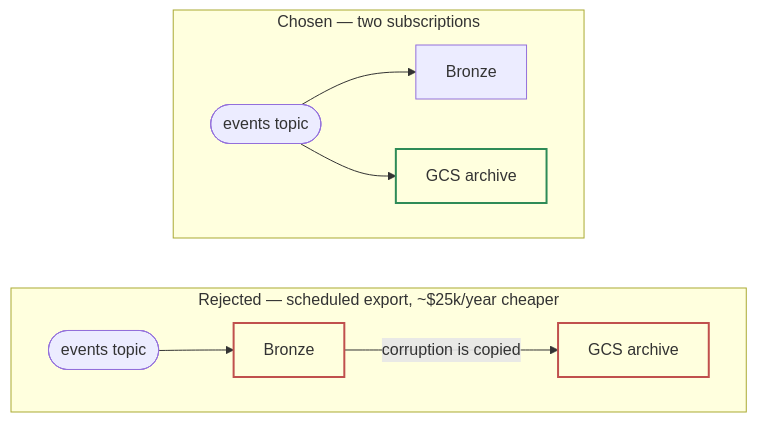
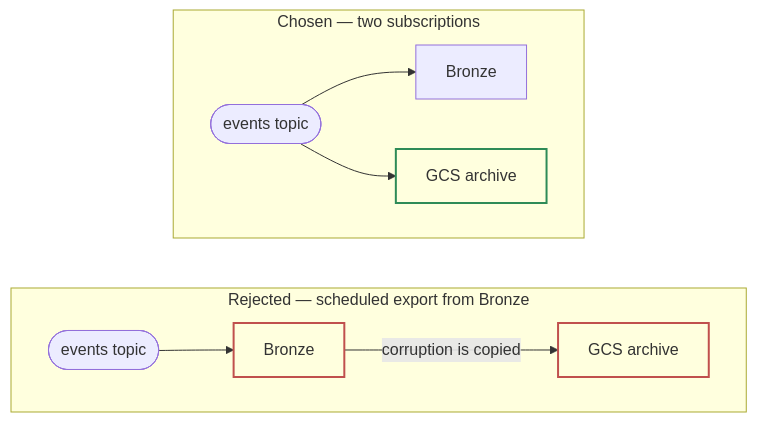
Before and after one commit to thomasguillaux/op-technical-test: the diagram in part_1/01-architecture-diagram.md, drawn with Mermaid. The commit also changed other lines of this file and 13 other files, not shown here.

````diff
--- a/part_1/01-architecture-diagram.md
+++ b/part_1/01-architecture-diagram.md
@@ -29,17 +29,17 @@
 ```mermaid
 flowchart LR
-  subgraph rejected["Rejected — scheduled export, ~$25k/year cheaper"]
+  subgraph rejected["Rejected — scheduled export from Bronze"]
     direction LR
     T2(["events topic"]) --> B2["Bronze"]
     B2 -- "corruption is copied" --> G2["GCS archive"]
   end
   subgraph chosen["Chosen — two subscriptions"]
     direction LR
     T1(["events topic"]) --> B1["Bronze"]
     T1 --> G1["GCS archive"]
   end
   classDef ok fill:none,stroke:#2e8b57,stroke-width:2px;
   classDef bad fill:none,stroke:#c0504d,stroke-width:2px;
   class G1 ok;
   class B2,G2 bad;
 ```
````
